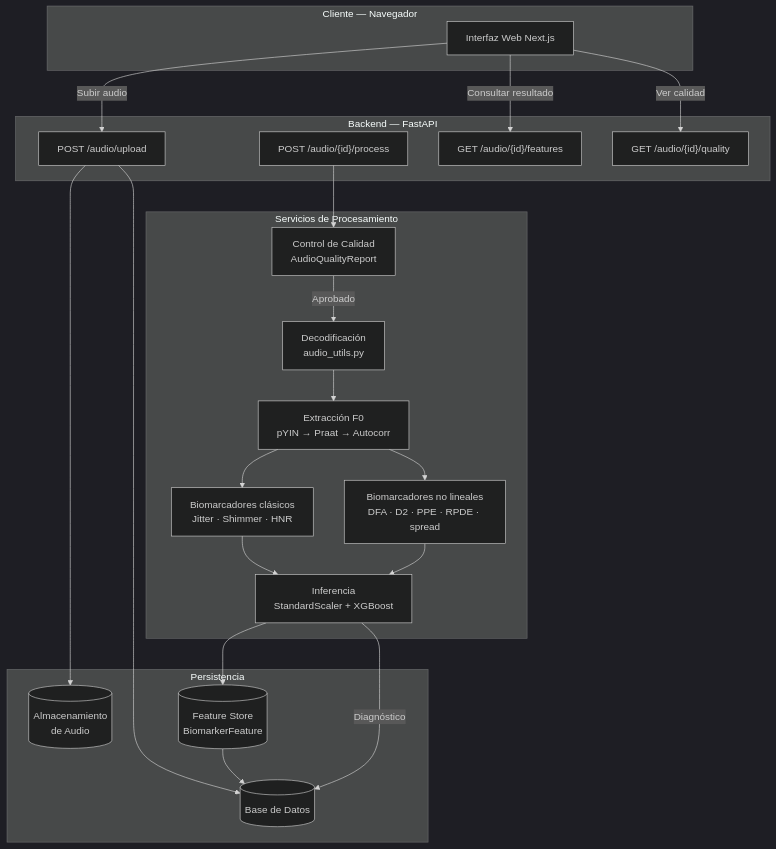
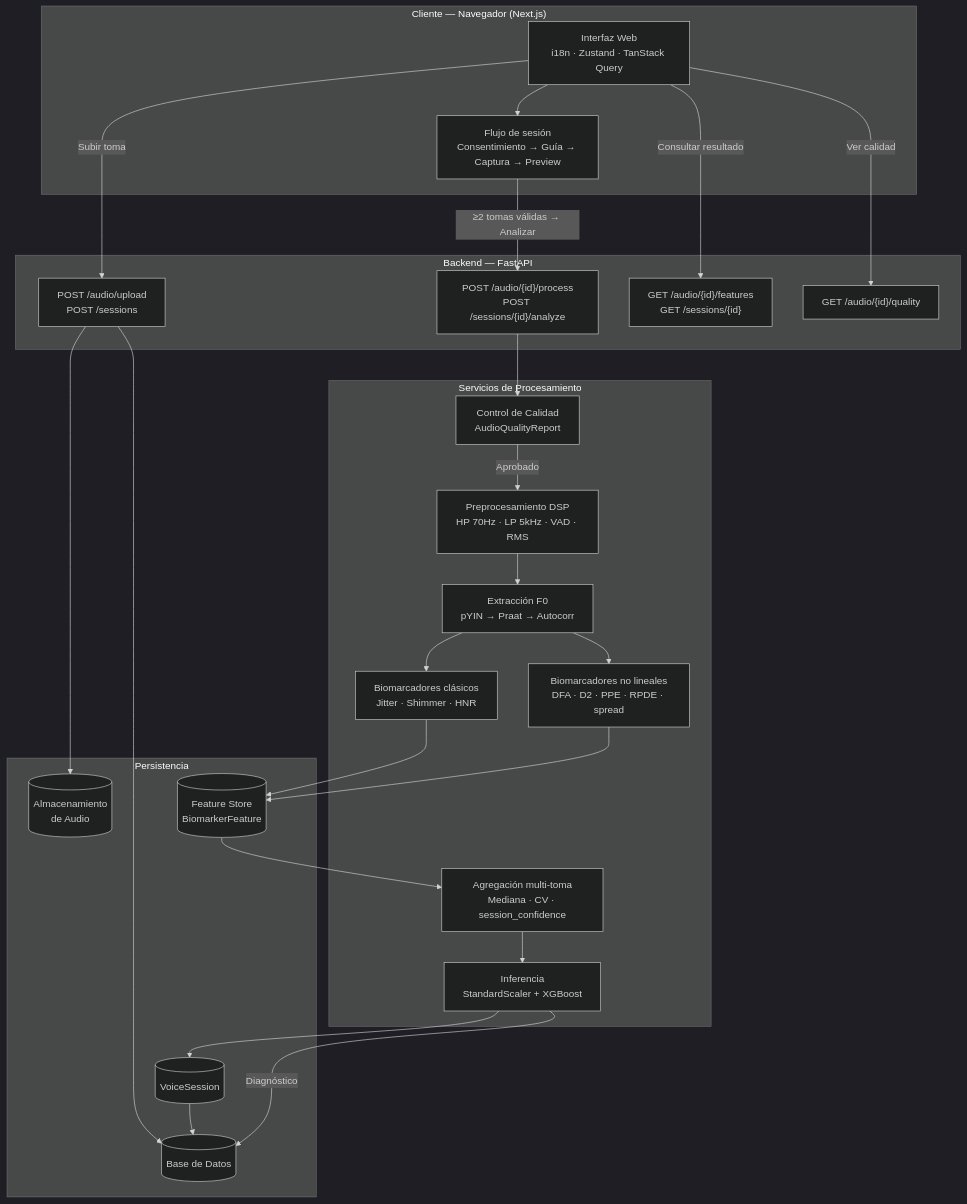
Before and after one commit to admaesmo/MedDiag2: the first of 3 diagrams in Documentacion/MedDiag2_paper_corregido.md, drawn with Mermaid (dark theme). The commit also changed other lines of this file and 10 other files, not shown here.

````diff
--- a/Documentacion/MedDiag2_paper_corregido.md
+++ b/Documentacion/MedDiag2_paper_corregido.md
@@ -198,44 +218,51 @@
 ```mermaid
 graph TB
-    subgraph Cliente["Cliente — Navegador"]
-        UI[Interfaz Web Next.js]
+    subgraph Cliente["Cliente — Navegador (Next.js)"]
+        UI["Interfaz Web\ni18n · Zustand · TanStack Query"]
+        FLOW["Flujo de sesión\nConsentimiento → Guía → Captura → Preview"]
     end
 
     subgraph BackendAPI["Backend — FastAPI"]
-        EP1["POST /audio/upload"]
-        EP2["POST /audio/{id}/process"]
-        EP3["GET /audio/{id}/features"]
+        EP1["POST /audio/upload\nPOST /sessions"]
+        EP2["POST /audio/{id}/process\nPOST /sessions/{id}/analyze"]
+        EP3["GET /audio/{id}/features\nGET /sessions/{id}"]
         EP4["GET /audio/{id}/quality"]
     end
 
     subgraph Pipeline["Servicios de Procesamiento"]
         QC["Control de Calidad\nAudioQualityReport"]
-        DECODE["Decodificación\naudio_utils.py"]
+        DSP["Preprocesamiento DSP\nHP 70Hz · LP 5kHz · VAD · RMS"]
         F0["Extracción F0\npYIN → Praat → Autocorr"]
         FEATS["Biomarcadores clásicos\nJitter · Shimmer · HNR"]
         NL["Biomarcadores no lineales\nDFA · D2 · PPE · RPDE · spread"]
+        AGG["Agregación multi-toma\nMediana · CV · session_confidence"]
         INFER["Inferencia\nStandardScaler + XGBoost"]
     end
 
     subgraph Persistencia["Persistencia"]
         STORE[("Almacenamiento\nde Audio")]
         DB[("Base de Datos")]
         FS[("Feature Store\nBiomarkerFeature")]
+        VS[("VoiceSession")]
     end
 
-    UI -->|Subir audio| EP1
+    UI --> FLOW
+    FLOW -->|"≥2 tomas válidas → Analizar"| EP2
+    UI -->|Subir toma| EP1
     UI -->|Consultar resultado| EP3
     UI -->|Ver calidad| EP4
     EP1 --> STORE
     EP1 --> DB
     EP2 --> QC
-    QC -->|Aprobado| DECODE
-    DECODE --> F0
+    QC -->|Aprobado| DSP
+    DSP --> F0
     F0 --> FEATS
     F0 --> NL
-    FEATS --> INFER
-    NL --> INFER
-    INFER --> FS
-    FS --> DB
+    FEATS --> FS
+    NL --> FS
+    FS --> AGG
+    AGG --> INFER
+    INFER --> VS
+    VS --> DB
     INFER -->|Diagnóstico| DB
 ```
````
